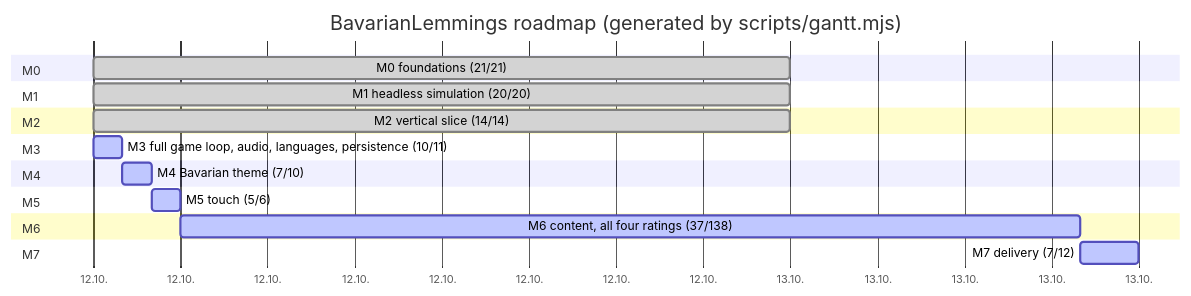
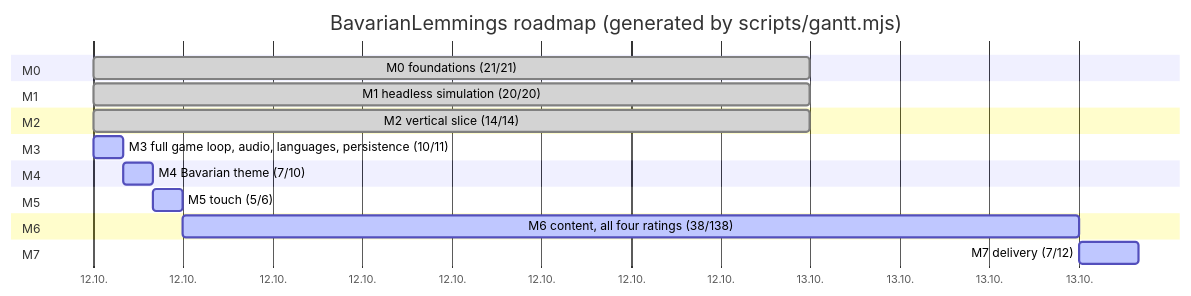
The diagram in plan.md (marcelpetrick/BavarianLemmings), drawn with Mermaid before and after one commit. The commit also changed other lines of this file and 7 other files, not shown here.

````diff
--- a/plan.md
+++ b/plan.md
@@ -43,22 +43,22 @@
 ```mermaid
 gantt
     title BavarianLemmings roadmap (generated by scripts/gantt.mjs)
     dateFormat  YYYY-MM-DD
     axisFormat  %d.%m.
     section M0
     M0 foundations (21/21) :done, m0, 2026-10-12, 1d
     section M1
     M1 headless simulation (20/20) :done, m1, 2026-10-12, 1d
     section M2
     M2 vertical slice (14/14) :done, m2, 2026-10-12, 1d
     section M3
     M3 full game loop, audio, languages, persistence (10/11) :active, m3, 2026-10-12, 1h
     section M4
     M4 Bavarian theme (7/10) :active, m4, after m3, 1h
     section M5
     M5 touch (5/6) :active, m5, after m4, 1h
     section M6
-    M6 content, all four ratings (37/138) :active, m6, after m5, 31h
+    M6 content, all four ratings (38/138) :active, m6, after m5, 30h
     section M7
     M7 delivery (7/12) :active, m7, after m6, 2h
 ```
````
